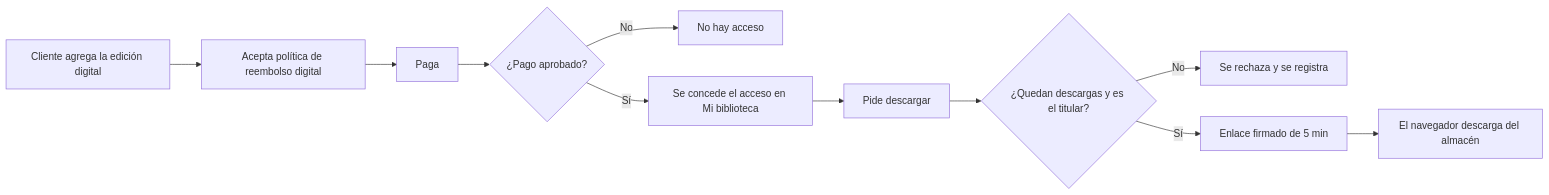
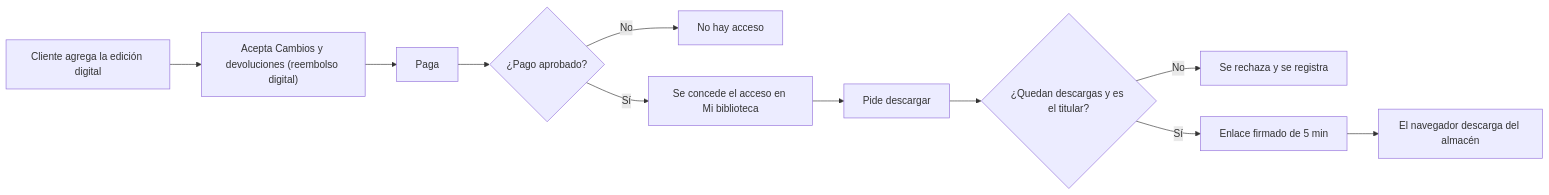
The second of 3 diagrams in docs/01-analisis-de-sistema/06-procesos-de-negocio.md (P35C4D0R4B1050/BabelHub), drawn with Mermaid before and after one commit. The commit also changed 51 other files, not shown here.

````diff
--- a/docs/01-analisis-de-sistema/06-procesos-de-negocio.md
+++ b/docs/01-analisis-de-sistema/06-procesos-de-negocio.md
@@ -32,13 +32,13 @@
 ```mermaid
 flowchart LR
-A["Cliente agrega la edición digital"] --> B["Acepta política de reembolso digital"]
+A["Cliente agrega la edición digital"] --> B["Acepta Cambios y devoluciones (reembolso digital)"]
 B --> C["Paga"]
 C --> D{"¿Pago aprobado?"}
 D -- No --> X["No hay acceso"]
 D -- Sí --> E["Se concede el acceso en Mi biblioteca"]
 E --> F["Pide descargar"]
 F --> G{"¿Quedan descargas y es el titular?"}
 G -- No --> H["Se rechaza y se registra"]
 G -- Sí --> I["Enlace firmado de 5 min"]
 I --> J["El navegador descarga del almacén"]
 ```
````
